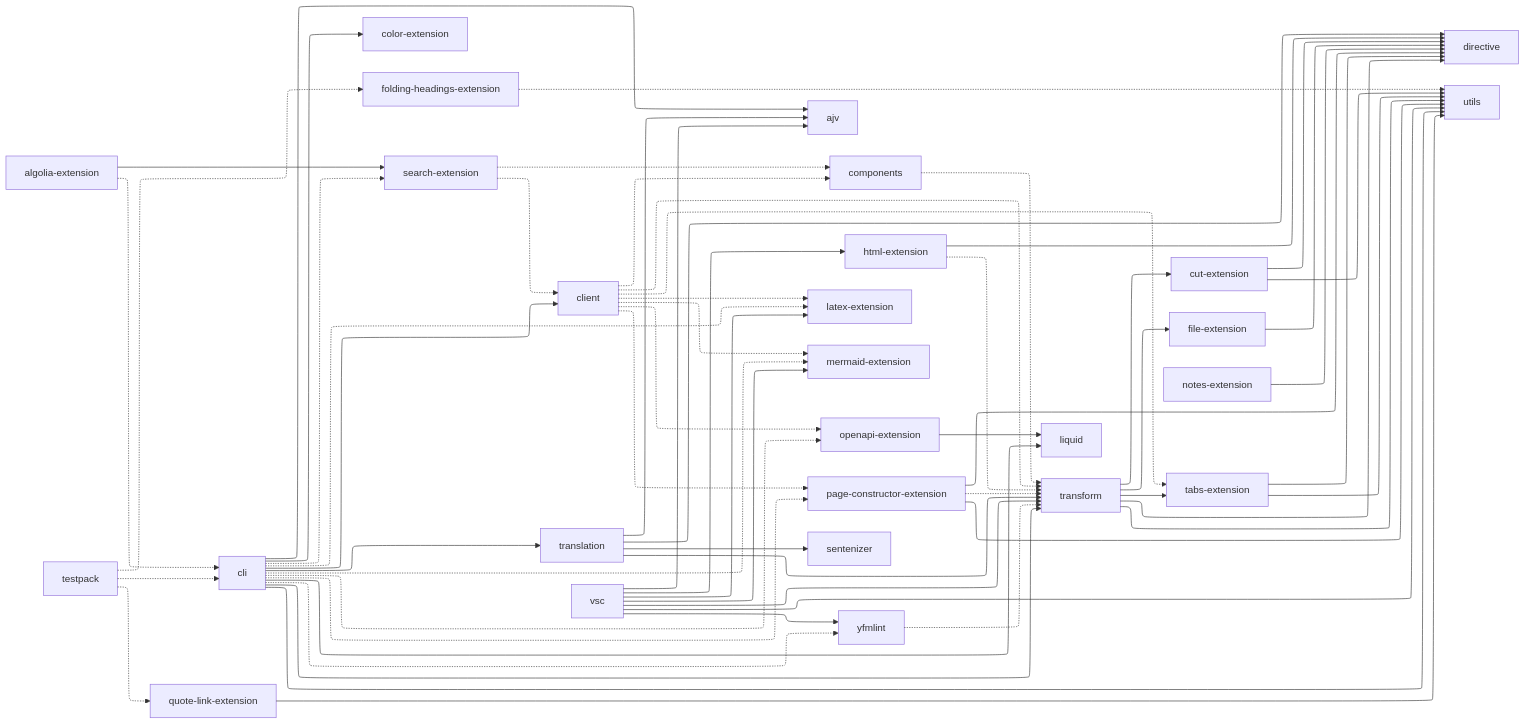
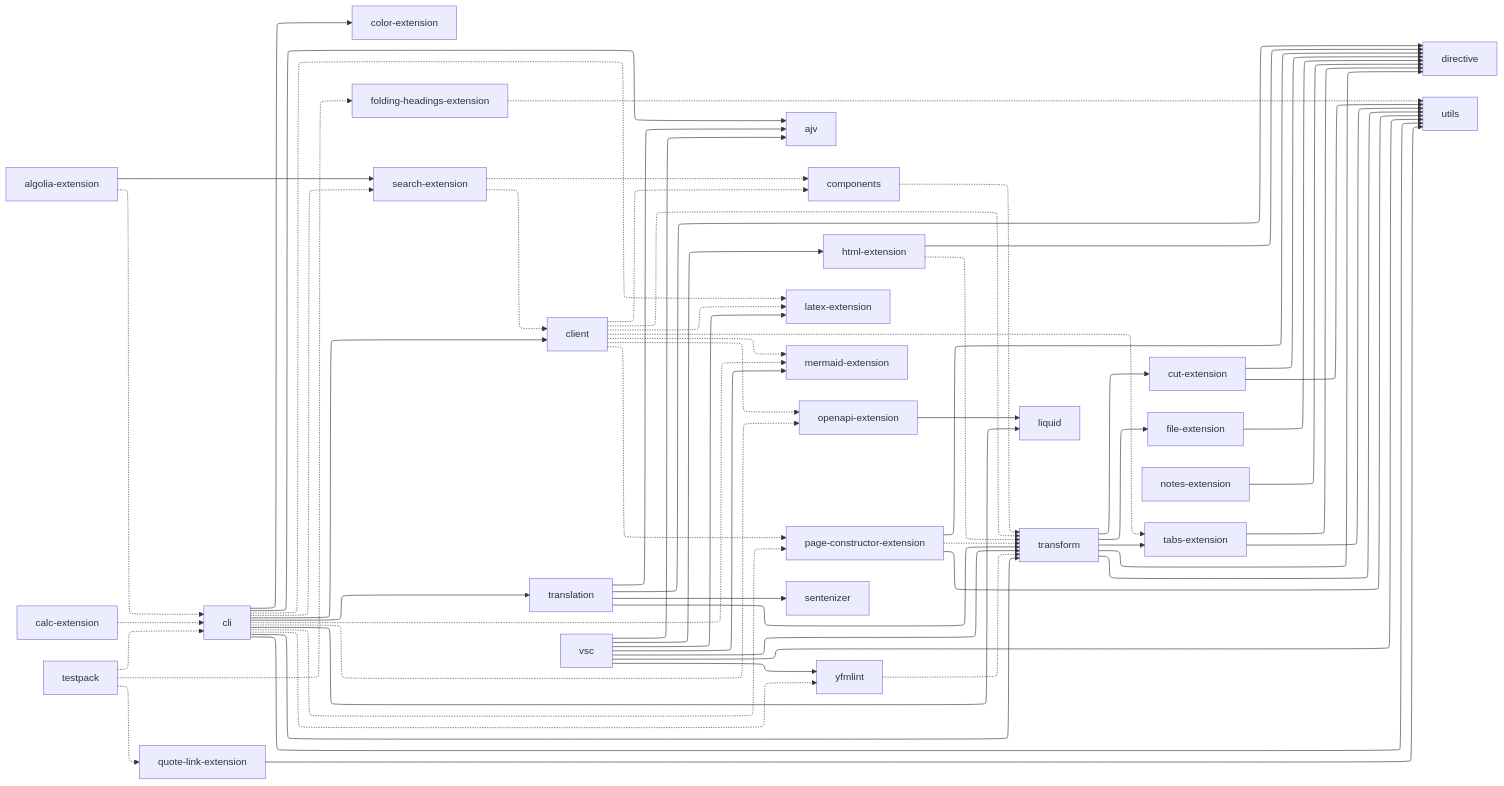
One commit to diplodoc-platform/diplodoc changed the diagram in PULSE.md. Above: the diagram before and after it, drawn with Mermaid. The commit also changed other lines of this file and 4 other files, not shown here.

Commit message:
chore: onboard diplodoc-platform/calc-extension

```diff
--- a/PULSE.md
+++ b/PULSE.md
@@ -80,6 +81,7 @@
 flowchart LR
   ajv["ajv"]
   algolia-extension["algolia-extension"]
+  calc-extension["calc-extension"]
   cli["cli"]
   client["client"]
   color-extension["color-extension"]
@@ -107,6 +109,7 @@
   yfmlint["yfmlint"]
   algolia-extension -.-> cli
   algolia-extension --> search-extension
+  calc-extension -.-> cli
   cli --> ajv
   cli --> client
   cli --> color-extension
@@ -166,6 +169,7 @@
   yfmlint -.-> transform
   click ajv href "https://github.com/diplodoc-platform/ajv"
   click algolia-extension href "https://github.com/diplodoc-platform/algolia-extension"
+  click calc-extension href "https://github.com/diplodoc-platform/calc-extension"
   click cli href "https://github.com/diplodoc-platform/cli"
   click client href "https://github.com/diplodoc-platform/client"
   click color-extension href "https://github.com/diplodoc-platform/color-extension"
```
